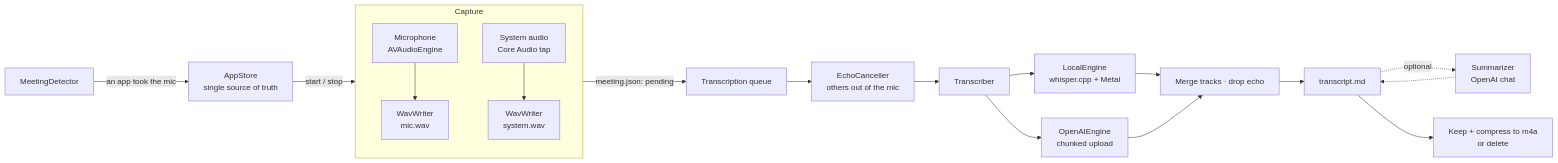
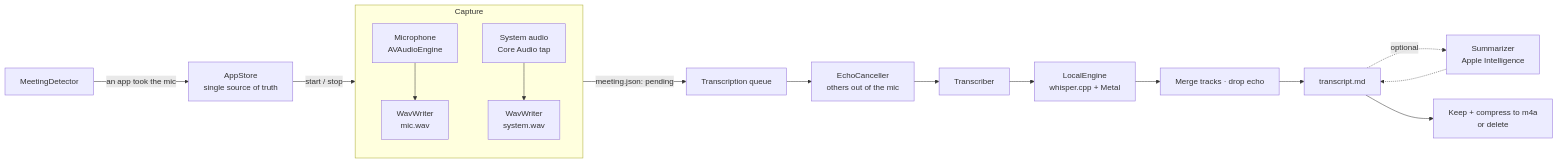
One commit to mcpeixoto/Ata changed the diagram in docs/ARCHITECTURE.md. Above: the diagram before and after it, drawn with Mermaid. The commit also changed other lines of this file and 64 other files, not shown here.

````diff
--- a/docs/ARCHITECTURE.md
+++ b/docs/ARCHITECTURE.md
@@ -8,22 +8,20 @@
 ```mermaid
 flowchart LR
     subgraph capture [Capture]
         MIC[Microphone<br/>AVAudioEngine] --> W1[WavWriter<br/>mic.wav]
         SYS[System audio<br/>Core Audio tap] --> W2[WavWriter<br/>system.wav]
     end
 
     DET[MeetingDetector] -- "an app took the mic" --> STORE
     STORE[AppStore<br/>single source of truth] -- start / stop --> capture
 
     capture -- "meeting.json: pending" --> QUEUE[Transcription queue]
     QUEUE --> AEC[EchoCanceller<br/>others out of the mic]
     AEC --> T[Transcriber]
     T --> LOCAL[LocalEngine<br/>whisper.cpp + Metal]
-    T --> OPENAI[OpenAIEngine<br/>chunked upload]
     LOCAL --> MERGE[Merge tracks · drop echo]
-    OPENAI --> MERGE
     MERGE --> MD[transcript.md]
-    MD -. optional .-> SUM[Summarizer<br/>OpenAI chat]
+    MD -. optional .-> SUM[Summarizer<br/>Apple Intelligence]
     SUM -.-> MD
     MD --> AUDIO[Keep + compress to m4a<br/>or delete]
 ```
````
